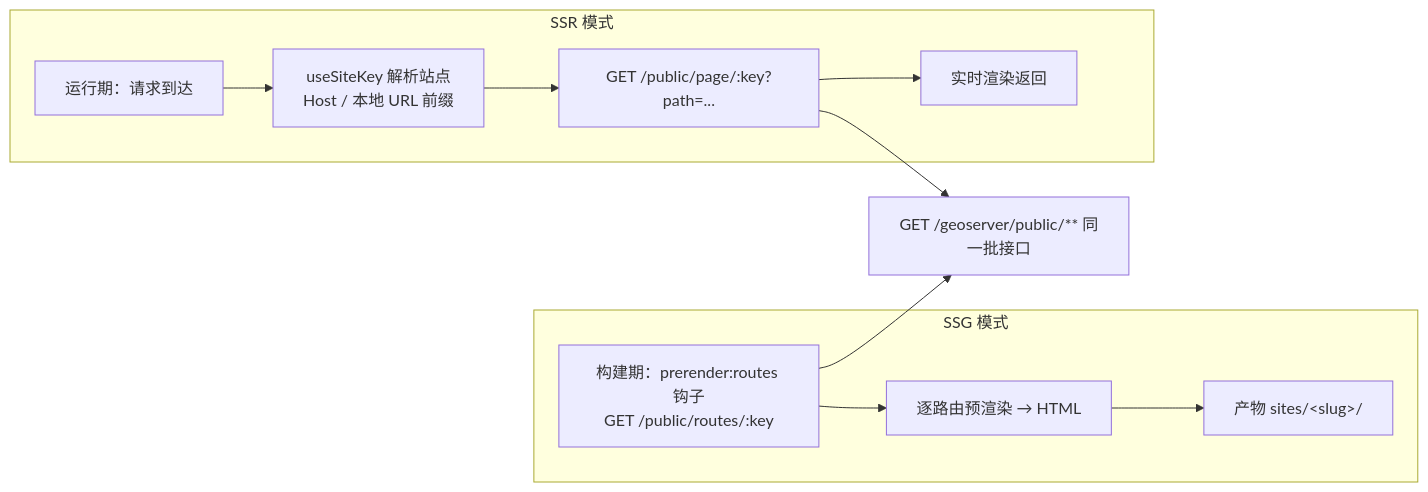
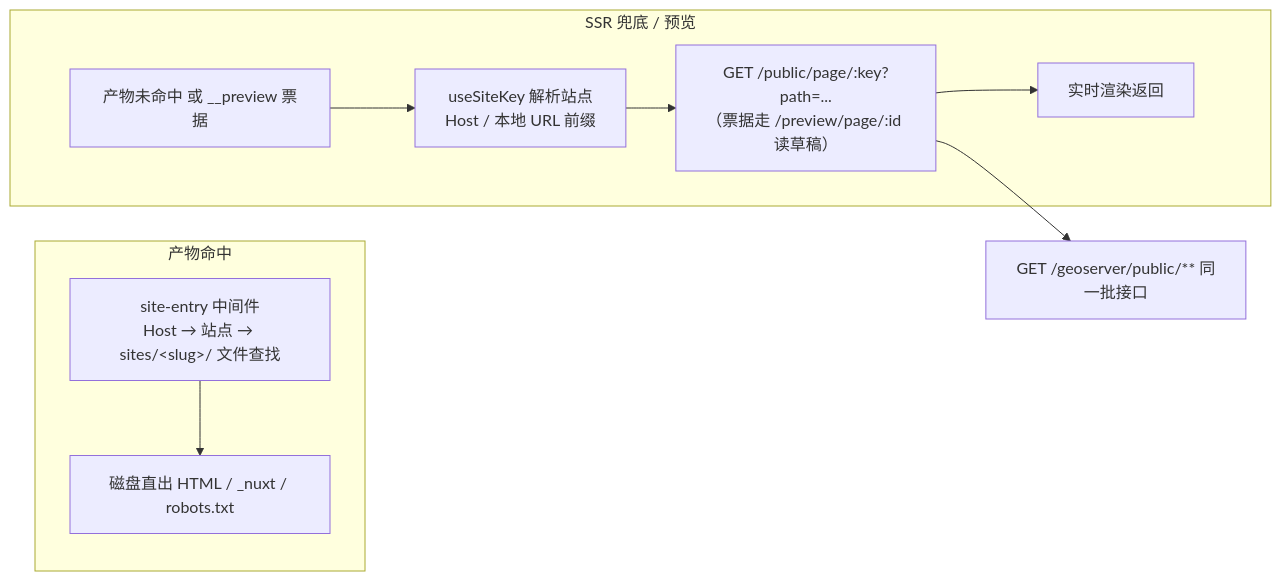
The third of 3 diagrams in docs/spec/03-frontend-architecture.md (ht-sauce/trillion-cms-platform), drawn with Mermaid before and after one commit. The commit also changed other lines of this file and 30 other files, not shown here.

````diff
--- a/docs/spec/03-frontend-architecture.md
+++ b/docs/spec/03-frontend-architecture.md
@@ -133,19 +133,17 @@
 ```mermaid
 flowchart LR
-  subgraph SSG["SSG 模式"]
-    S1["构建期：prerender:routes 钩子<br/>GET /public/routes/:key"]
-    S2["逐路由预渲染 → HTML"]
-    S3["产物 sites/&lt;slug&gt;/"]
-    S1 --> S2 --> S3
+  subgraph HIT["产物命中"]
+    S1["site-entry 中间件<br/>Host → 站点 → sites/&lt;slug&gt;/ 文件查找"]
+    S2["磁盘直出 HTML / _nuxt / robots.txt"]
+    S1 --> S2
   end
-  subgraph SSR["SSR 模式"]
-    R1["运行期：请求到达"]
+  subgraph SSR["SSR 兜底 / 预览"]
+    R1["产物未命中 或 __preview 票据"]
     R2["useSiteKey 解析站点<br/>Host / 本地 URL 前缀"]
-    R3["GET /public/page/:key?path=..."]
+    R3["GET /public/page/:key?path=...<br/>（票据走 /preview/page/:id 读草稿）"]
     R4["实时渲染返回"]
     R1 --> R2 --> R3 --> R4
   end
   API["GET /geoserver/public/** 同一批接口"]
-  S1 --> API
   R3 --> API
 ```
````
